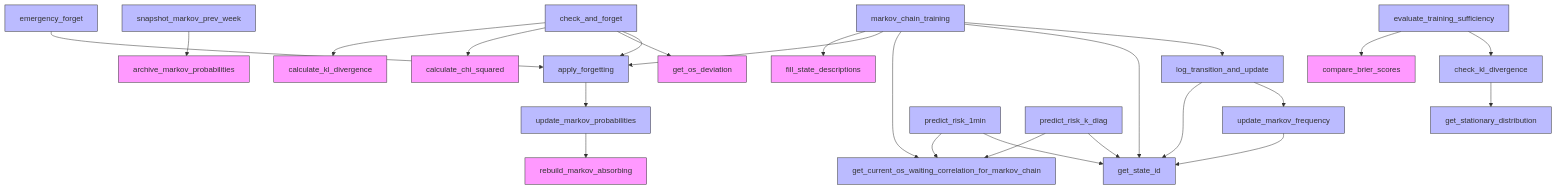
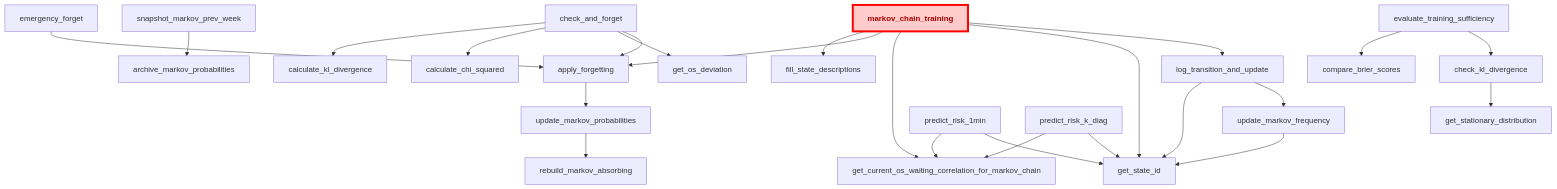
The diagram in Markov_chain_docs/readme.md (pg-expecto/pg_expecto), drawn with Mermaid before and after one commit.

````diff
--- a/Markov_chain_docs/readme.md
+++ b/Markov_chain_docs/readme.md
@@ -4,49 +4,29 @@
 ```mermaid
 graph TD
   update_markov_frequency --> get_state_id
   log_transition_and_update --> get_state_id
   log_transition_and_update --> update_markov_frequency
   update_markov_probabilities --> rebuild_markov_absorbing
   predict_risk_1min --> get_current_os_waiting_correlation_for_markov_chain
   predict_risk_1min --> get_state_id
   predict_risk_k_diag --> get_current_os_waiting_correlation_for_markov_chain
   predict_risk_k_diag --> get_state_id
   snapshot_markov_prev_week --> archive_markov_probabilities
   check_kl_divergence --> get_stationary_distribution
   evaluate_training_sufficiency --> compare_brier_scores
   evaluate_training_sufficiency --> check_kl_divergence
   apply_forgetting --> update_markov_probabilities
   check_and_forget --> calculate_kl_divergence
   check_and_forget --> calculate_chi_squared
   check_and_forget --> get_os_deviation
   check_and_forget --> apply_forgetting
   emergency_forget --> apply_forgetting
   markov_chain_training --> fill_state_descriptions
   markov_chain_training --> apply_forgetting
   markov_chain_training --> get_current_os_waiting_correlation_for_markov_chain
   markov_chain_training --> get_state_id
   markov_chain_training --> log_transition_and_update
 
-  style fill_state_descriptions fill:#f9f,stroke:#333
-  style get_state_id fill:#bbf,stroke:#333
-  style update_markov_frequency fill:#bbf,stroke:#333
-  style log_transition_and_update fill:#bbf,stroke:#333
-  style get_current_os_waiting_correlation_for_markov_chain fill:#bbf,stroke:#333
-  style update_markov_probabilities fill:#bbf,stroke:#333
-  style rebuild_markov_absorbing fill:#f9f,stroke:#333
-  style predict_risk_1min fill:#bbf,stroke:#333
-  style predict_risk_k_diag fill:#bbf,stroke:#333
-  style snapshot_markov_prev_week fill:#bbf,stroke:#333
-  style archive_markov_probabilities fill:#f9f,stroke:#333
-  style get_stationary_distribution fill:#bbf,stroke:#333
-  style check_kl_divergence fill:#bbf,stroke:#333
-  style compare_brier_scores fill:#f9f,stroke:#333
-  style evaluate_training_sufficiency fill:#bbf,stroke:#333
-  style apply_forgetting fill:#bbf,stroke:#333
-  style calculate_kl_divergence fill:#f9f,stroke:#333
-  style calculate_chi_squared fill:#f9f,stroke:#333
-  style get_os_deviation fill:#f9f,stroke:#333
-  style check_and_forget fill:#bbf,stroke:#333
-  style emergency_forget fill:#bbf,stroke:#333
-  style markov_chain_training fill:#bbf,stroke:#333
+  class markov_chain_training highlight
+  classDef highlight fill:#ffcccb,stroke:#f00,stroke-width:4px,color:#a00,font-weight:bold
 ```
````
